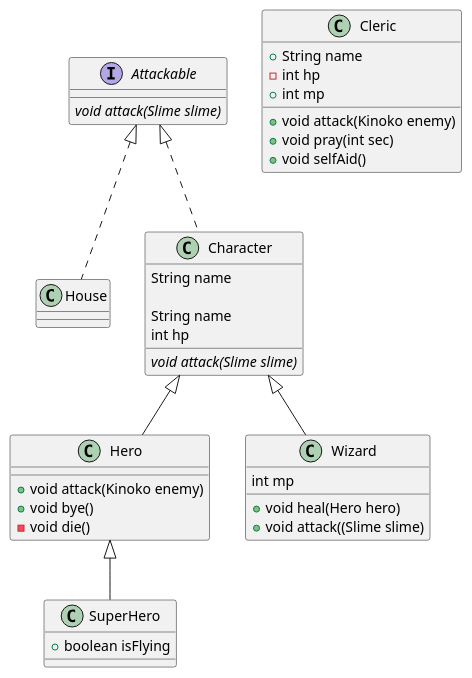
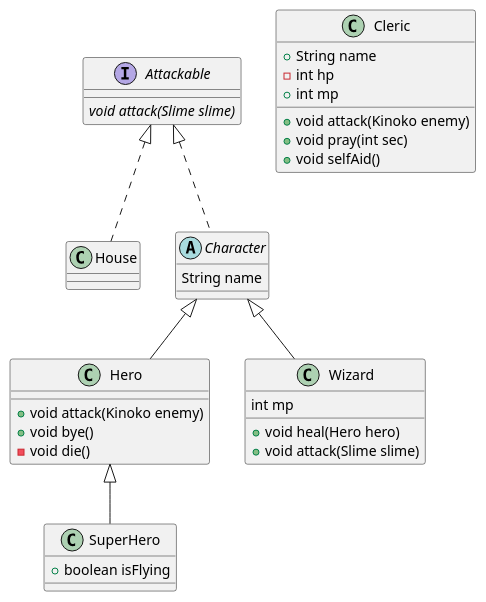
The diagram in src/main/java/com/survivalcoding/assignments_01_instance/exam01/game.puml (SurvivalCodingCampus/polytech_java_study), drawn with PlantUML before and after one commit. The commit also changed 7 other files, not shown here.

```diff
--- a/src/main/java/com/survivalcoding/assignments_01_instance/exam01/game.puml
+++ b/src/main/java/com/survivalcoding/assignments_01_instance/exam01/game.puml
@@ -1,49 +1,42 @@
 @startuml
 'https://plantuml.com/class-diagram
 
 class SuperHero extends Hero{
     + boolean isFlying
 }
 
 interface Attackable {
 {abstract} void attack(Slime slime)
 }
 
 class House implements Attackable {
 }
 
 abstract class Character implements Attackable {
 String name
 
 }
 
-class Character{
-    String name
-    int hp
-
-    {abstract} void attack(Slime slime)
-}
-
 class Wizard extends Character{
     int mp
     + void heal(Hero hero)
-    + void attack((Slime slime)
+    + void attack(Slime slime)
 }
 
 class Hero extends Character {
     + void attack(Kinoko enemy)
     + void bye()
     - void die()
 }
 
 class Cleric{
     + String name
     - int hp
     + int mp
 
     + void attack(Kinoko enemy)
     + void pray(int sec)
     + void selfAid()
 }
 
 @enduml
```
